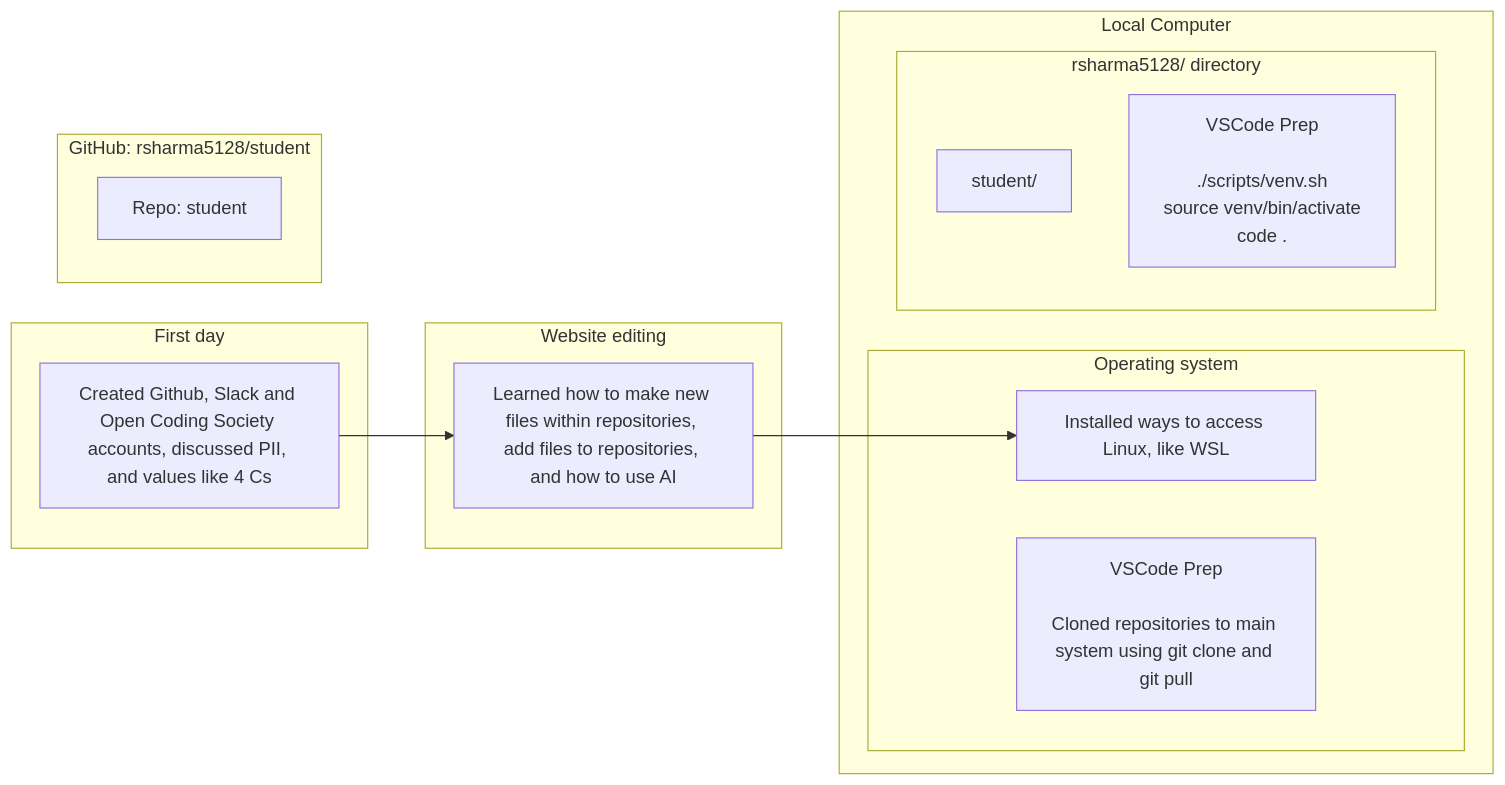
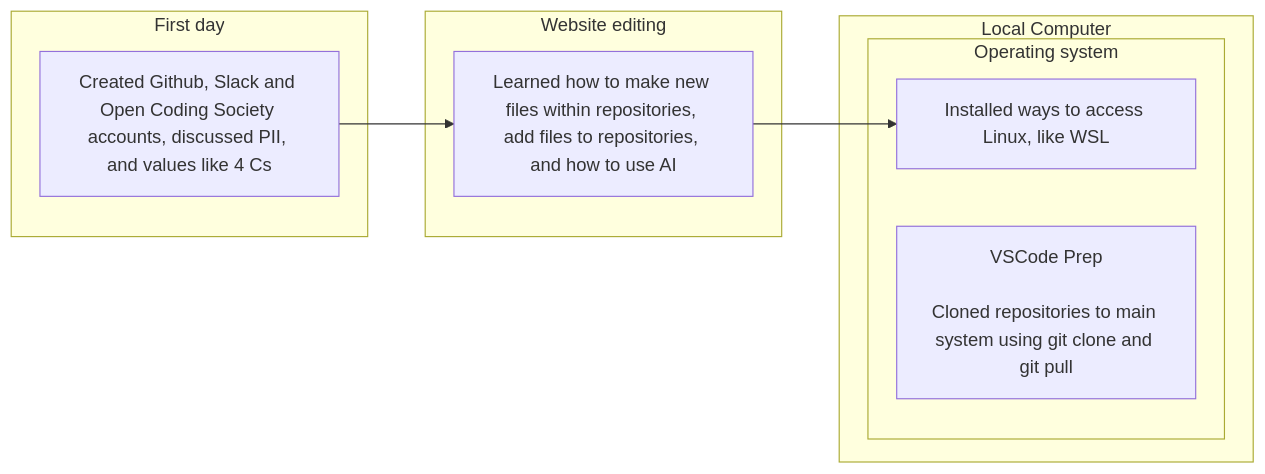
Before and after one commit to rsharma5128/student: the second of 2 diagrams in navigation/journey.md, drawn with Mermaid.

Commit message:
Removing unnecessary boxes

````diff
--- a/navigation/journey.md
+++ b/navigation/journey.md
@@ -59,32 +59,26 @@
 ```mermaid
 flowchart LR
     %% GitHub Sources
     subgraph GitHub_Pages[First day]
         A[Created Github, Slack and Open Coding Society accounts, discussed PII, and values like 4 Cs]:::repo
     end
 
     subgraph GitHub_Template[Website editing]
         T[Learned how to make new files within repositories, add files to repositories, and how to use AI]:::repo
     end
 
-    subgraph GitHub_Student[GitHub: rsharma5128/student]
-        B[Repo: student]:::repo
-    end
 
     %% Operating system
     subgraph Local[Local Computer]
         subgraph opencs_dir[Operating system]
             C[Installed ways to access Linux, like WSL]:::local
             Ccmd[VSCode Prep<br/><br/>Cloned repositories to main system using git clone and git pull]:::cmd
         end
-        subgraph user_dir[rsharma5128/ directory]
-            D[student/]:::local
-            Dcmd[VSCode Prep<br/><br/>./scripts/venv.sh<br/>source venv/bin/activate<br/>code .]:::cmd
-        end
+        
     end
 
     %% Arrows: cloning
     A --> T
     T --> C
-    
+
 ```
````
